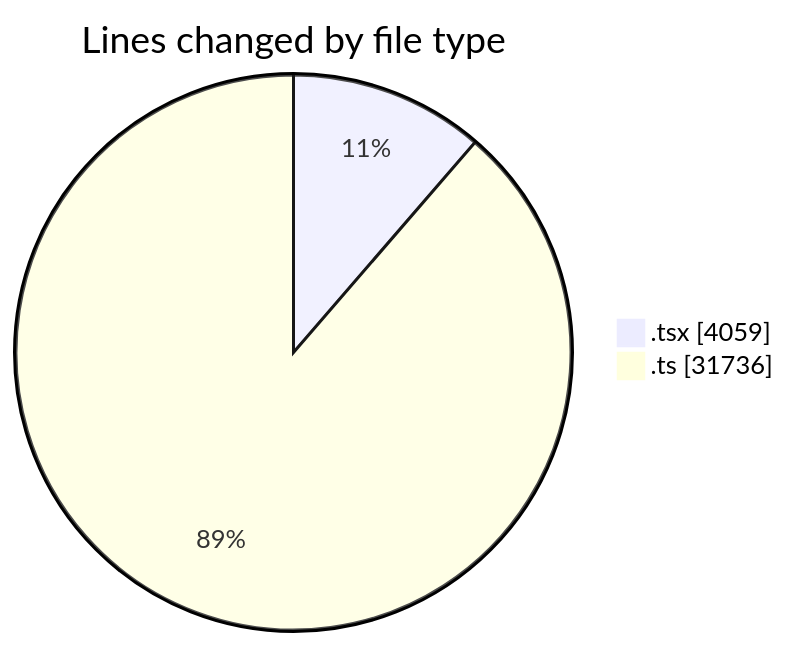
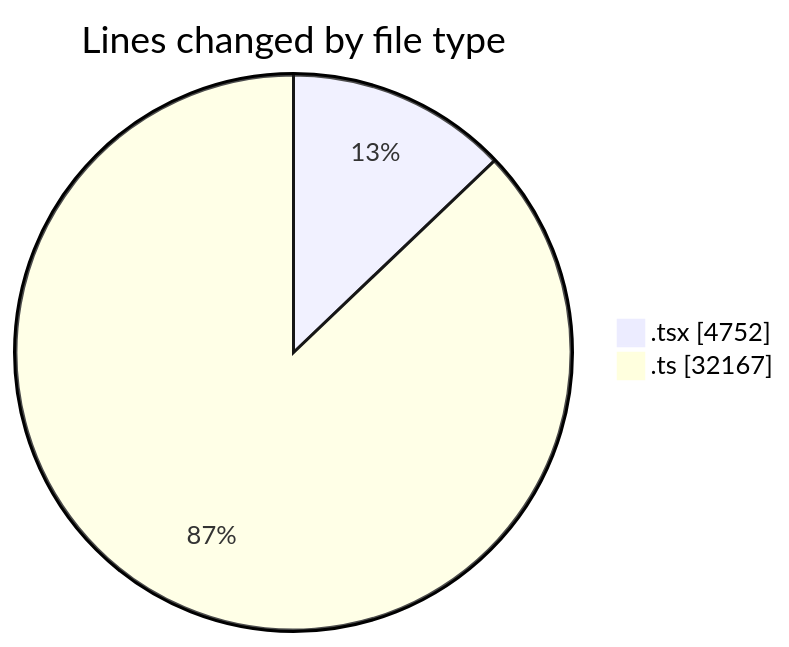
One commit to momahboobian/code-tracking changed the first of 2 diagrams in 2025-07-07/cda/README.md. Above: the diagram before and after it, drawn with Mermaid. The commit also changed other lines of this file and 1 other file, not shown here.

````diff
--- a/2025-07-07/cda/README.md
+++ b/2025-07-07/cda/README.md
@@ -28,6 +33,6 @@
 ```mermaid
 pie showData
 title Lines changed by file type
-".tsx" : 4059
-".ts" : 31736
+".tsx" : 4752
+".ts" : 32167
 ```
````
